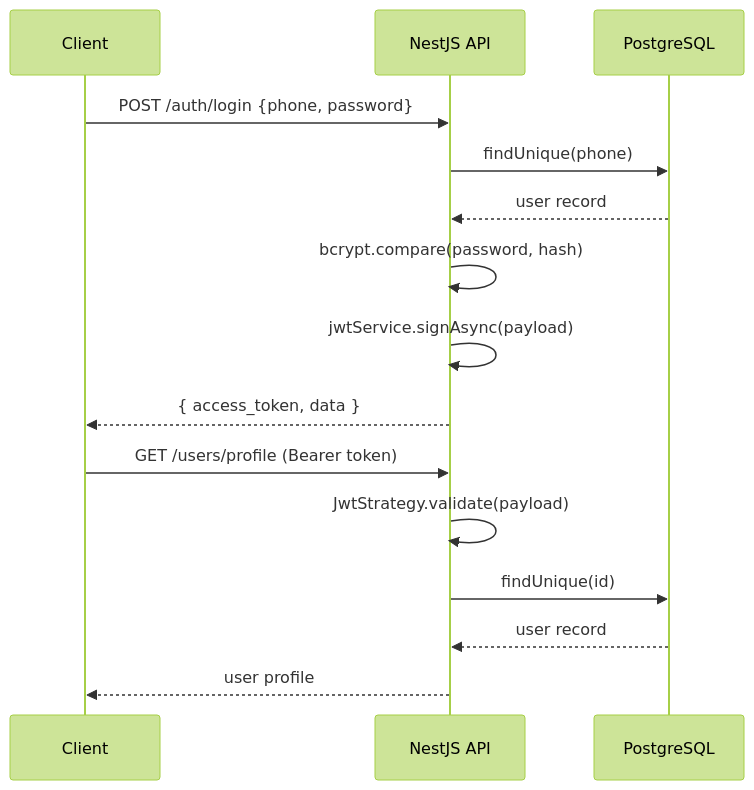
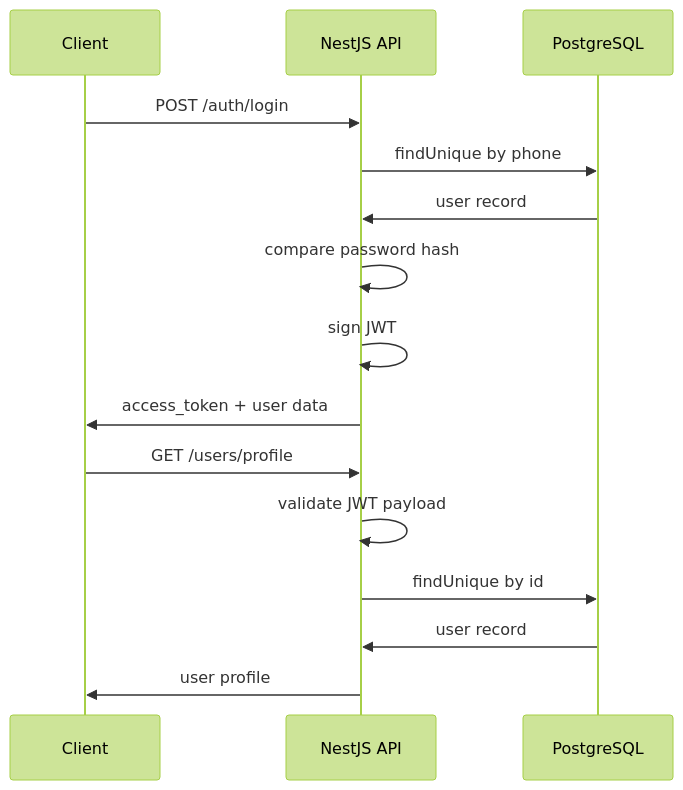
The fourth of 4 diagrams in README.md (finalSay9/Loan_system), drawn with Mermaid (forest theme) before and after one commit. The commit also changed other lines of this file, not shown here.

````diff
--- a/README.md
+++ b/README.md
@@ -212,19 +224,19 @@
 ```mermaid
 sequenceDiagram
     participant C as Client
     participant API as NestJS API
     participant DB as PostgreSQL
 
-    C->>API: POST /auth/login {phone, password}
-    API->>DB: findUnique(phone)
-    DB-->>API: user record
-    API->>API: bcrypt.compare(password, hash)
-    API->>API: jwtService.signAsync(payload)
-    API-->>C: { access_token, data }
+    C->>API: POST /auth/login
+    API->>DB: findUnique by phone
+    DB->>API: user record
+    API->>API: compare password hash
+    API->>API: sign JWT
+    API->>C: access_token + user data
 
-    C->>API: GET /users/profile (Bearer token)
-    API->>API: JwtStrategy.validate(payload)
-    API->>DB: findUnique(id)
-    DB-->>API: user record
-    API-->>C: user profile
+    C->>API: GET /users/profile
+    API->>API: validate JWT payload
+    API->>DB: findUnique by id
+    DB->>API: user record
+    API->>C: user profile
 ```
````
